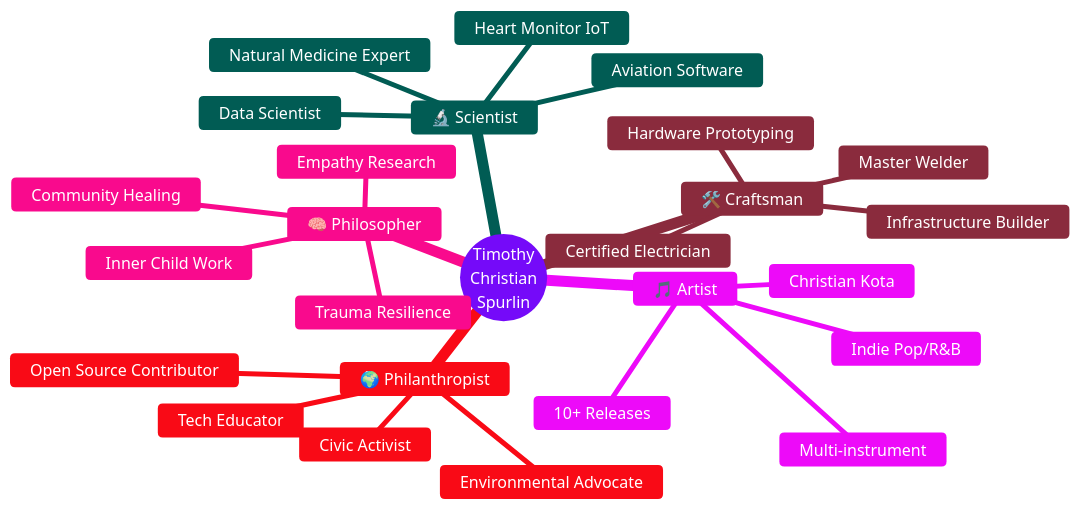
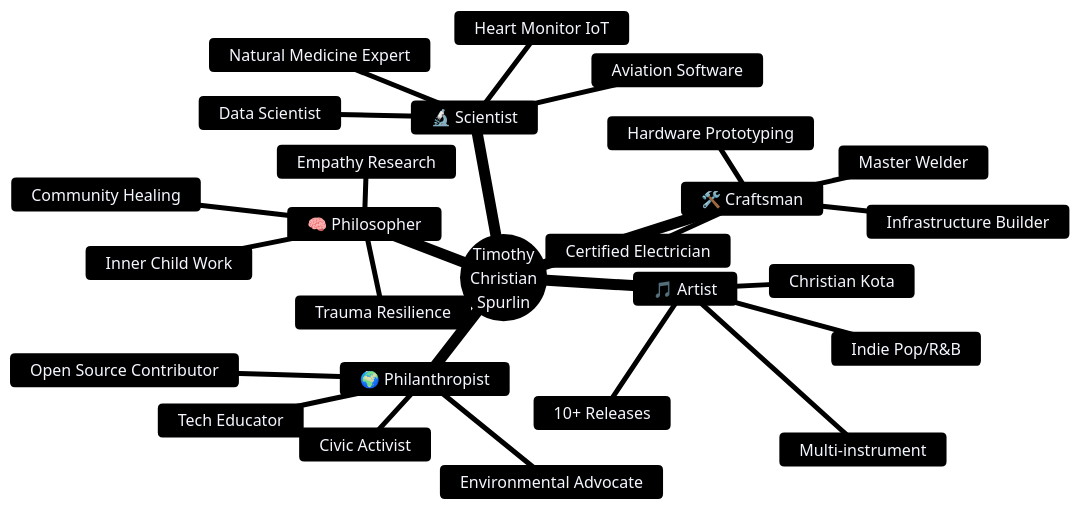
Before and after one commit to Tim-Spurlin/Christian-Kota-Contributions-Snapshot: the first of 11 diagrams in README.md, drawn with Mermaid. The commit also changed other lines of this file, not shown here.

Commit message:
Improve Mermaid diagram contrast across README

````diff
--- a/README.md
+++ b/README.md
@@ -44,30 +44,30 @@
 ```mermaid
-%%{init: {'theme':'base', 'themeVariables': { 'primaryColor':'#bb86fc', 'primaryTextColor':'#ffffff', 'primaryBorderColor':'#7c4dff', 'lineColor':'#f5a623', 'secondaryColor':'#03dac6', 'tertiaryColor':'#cf6679', 'fontSize':'16px'}}}%%
+%%{init: {'theme':'base', 'themeVariables': { 'background':'#0f1220', 'primaryColor':'#2b2f55', 'primaryTextColor':'#f5f7ff', 'primaryBorderColor':'#7a86ff', 'lineColor':'#9aa4ff', 'secondaryColor':'#243b53', 'tertiaryColor':'#3f2a56', 'clusterBkg':'#1a1f38', 'clusterBorder':'#7a86ff', 'fontSize':'16px'}}}%%
 mindmap
   root((Timothy<br/>Christian<br/>Spurlin))
     🔬 Scientist
       Natural Medicine Expert
       Data Scientist
       Aviation Software
       Heart Monitor IoT
     🛠️ Craftsman
       Master Welder
       Certified Electrician
       Hardware Prototyping
       Infrastructure Builder
     🎵 Artist
       Christian Kota
       Indie Pop/R&B
       Multi-instrument
       10+ Releases
     🧠 Philosopher
       Inner Child Work
       Trauma Resilience
       Empathy Research
       Community Healing
     🌍 Philanthropist
       Tech Educator
       Environmental Advocate
       Open Source Contributor
       Civic Activist
 ```
````
